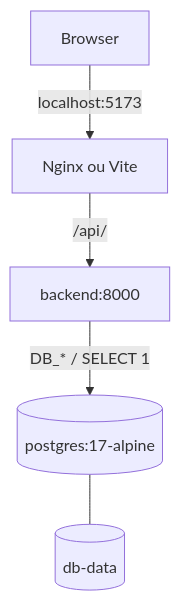
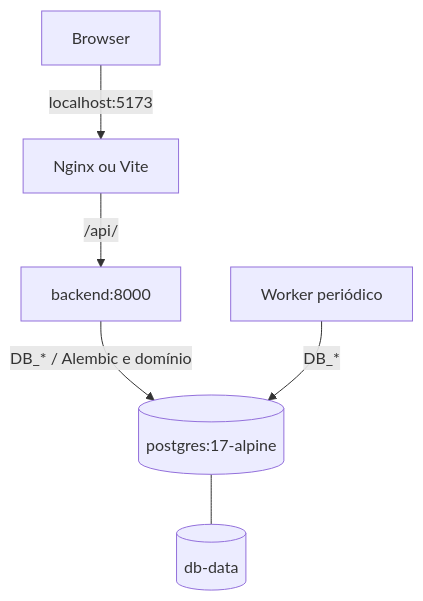
Before and after one commit to SamiaLuvanice/bestprice: the first of 2 diagrams in docs/apps/infraestrutura.md, drawn with Mermaid. The commit also changed other lines of this file and 8 other files, not shown here.

````diff
--- a/docs/apps/infraestrutura.md
+++ b/docs/apps/infraestrutura.md
@@ -38,7 +38,8 @@
 ```mermaid
 graph TD
   Browser -->|localhost:5173| Nginx[Nginx ou Vite]
   Nginx -->|/api/| Backend[backend:8000]
-  Backend -->|DB_* / SELECT 1| DB[(postgres:17-alpine)]
+  Backend -->|DB_* / Alembic e domínio| DB[(postgres:17-alpine)]
+  Worker[Worker periódico] -->|DB_*| DB
   DB --- Volume[(db-data)]
 ```
````
